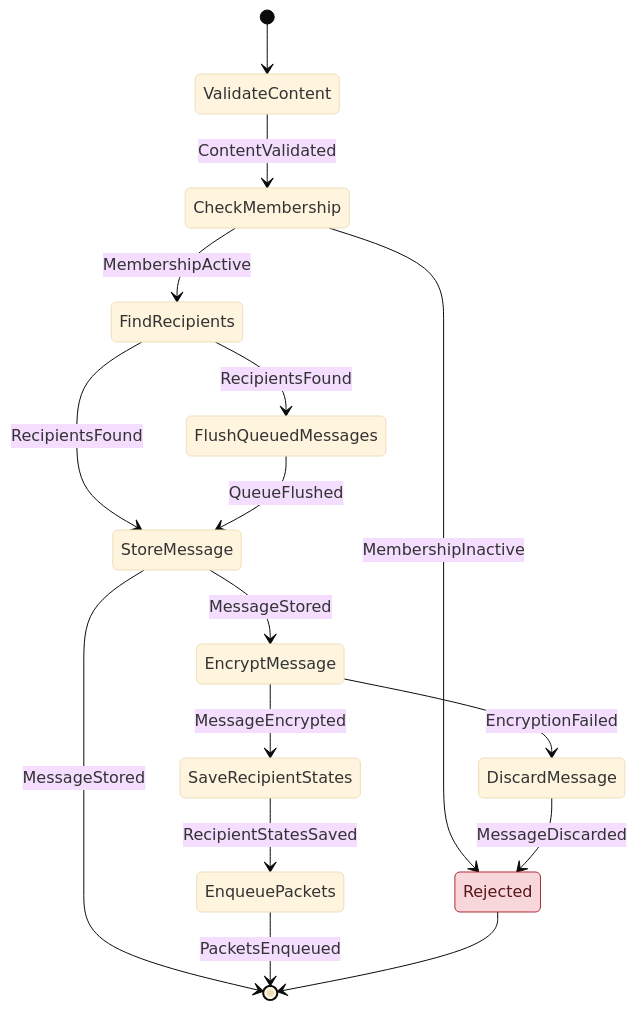
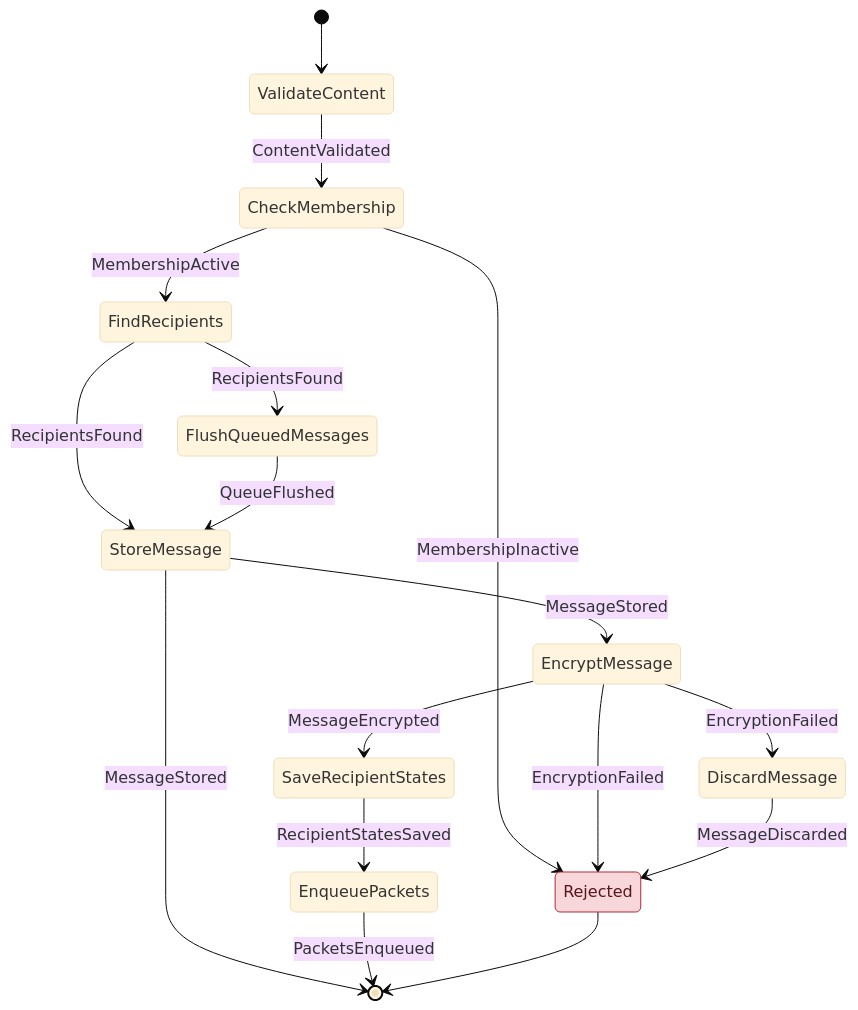
One commit to cbgm/Sparrow changed diagram 25 of 27 in docs/architecture/workflows/message.md. Above: the diagram before and after it, drawn with Mermaid (base theme). The commit also changed other lines of this file and 28 other files, not shown here.

````diff
--- a/docs/architecture/workflows/message.md
+++ b/docs/architecture/workflows/message.md
@@ -733,20 +738,21 @@
 ```mermaid
 stateDiagram-v2
     [*] --> ValidateContent
     ValidateContent --> CheckMembership : ContentValidated
     CheckMembership --> FindRecipients : MembershipActive
     CheckMembership --> Rejected : MembershipInactive
     FindRecipients --> FlushQueuedMessages : RecipientsFound
     FindRecipients --> StoreMessage : RecipientsFound
     FlushQueuedMessages --> StoreMessage : QueueFlushed
     StoreMessage --> EncryptMessage : MessageStored
     StoreMessage --> [*] : MessageStored
     EncryptMessage --> DiscardMessage : EncryptionFailed
+    EncryptMessage --> Rejected : EncryptionFailed
     EncryptMessage --> SaveRecipientStates : MessageEncrypted
     DiscardMessage --> Rejected : MessageDiscarded
     SaveRecipientStates --> EnqueuePackets : RecipientStatesSaved
     EnqueuePackets --> [*] : PacketsEnqueued
     Rejected --> [*]
     classDef reject fill:#f8d7da,stroke:#b02a37,color:#58151c
     class Rejected reject
 ```
````
